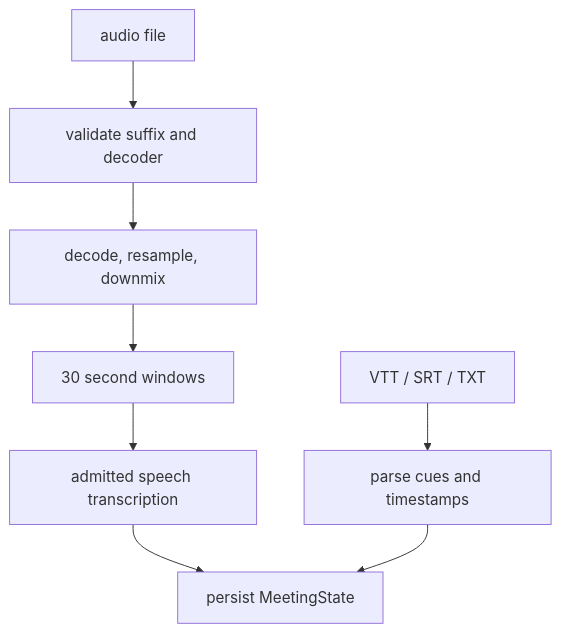
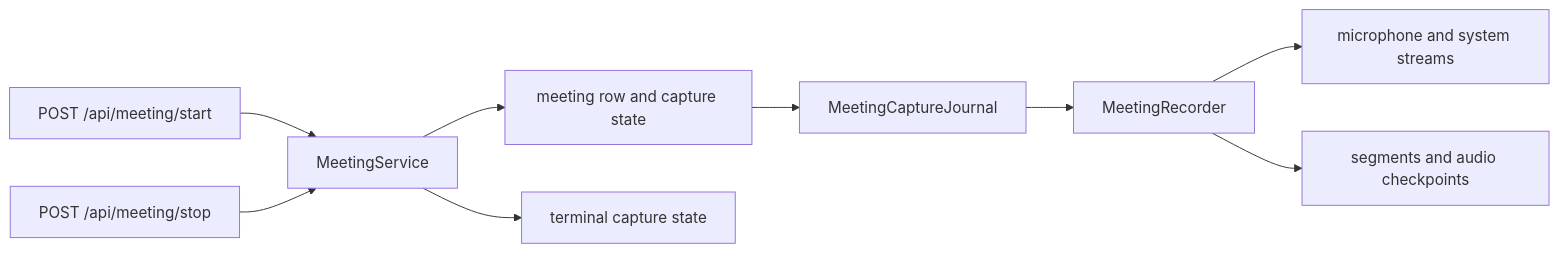
One commit to karolswdev/HoldSpeak changed the diagram in docs/MEETING_ARCHITECTURE.md. Above: the diagram before and after it, drawn with Mermaid. The commit also changed other lines of this file and 74 other files, not shown here.

Commit message:
docs: document the agentic Desk and core work flows

````diff
--- a/docs/MEETING_ARCHITECTURE.md
+++ b/docs/MEETING_ARCHITECTURE.md
@@ -127,10 +24,11 @@
 ```mermaid
-flowchart TD
-    A[audio file] --> B[validate suffix and decoder]
-    B --> C[decode, resample, downmix]
-    C --> D[30 second windows]
-    D --> E[admitted speech transcription]
-    E --> F[persist MeetingState]
-    G[VTT / SRT / TXT] --> H[parse cues and timestamps]
-    H --> F
+flowchart LR
+    A[POST /api/meeting/start] --> B[MeetingService]
+    B --> C[meeting row and capture state]
+    C --> D[MeetingCaptureJournal]
+    D --> E[MeetingRecorder]
+    E --> F[microphone and system streams]
+    E --> G[segments and audio checkpoints]
+    H[POST /api/meeting/stop] --> B
+    B --> I[terminal capture state]
 ```
````
